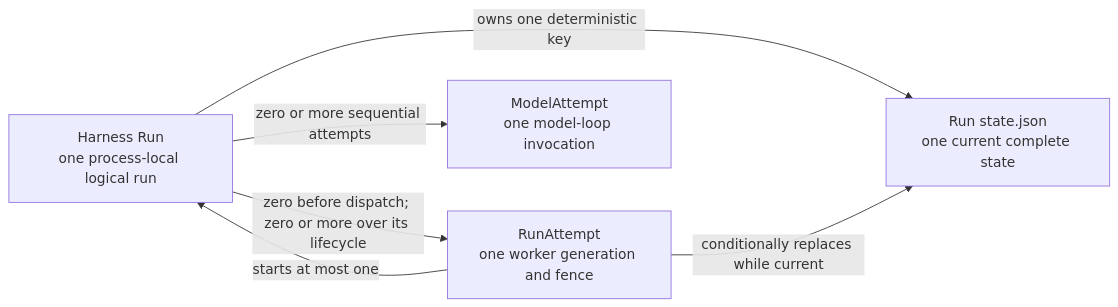
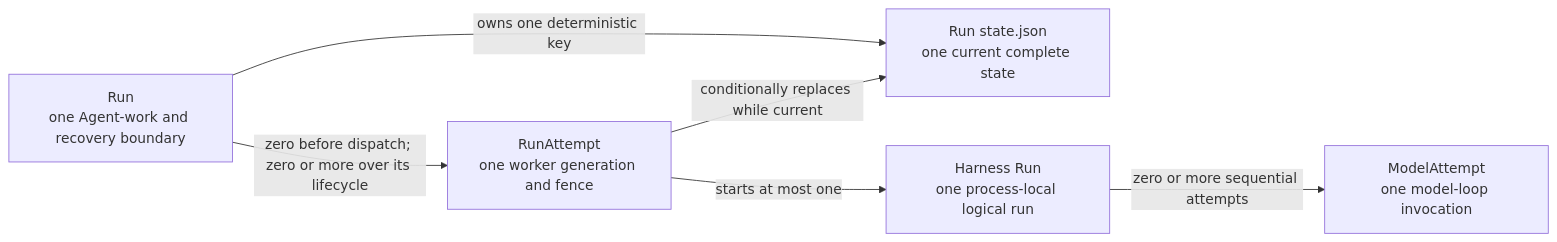
One commit to LTThreeComma/agent-foundation changed the second of 4 diagrams in spec/foundation-service/12-run-persistence.md. Above: the diagram before and after it, drawn with Mermaid. The commit also changed other lines of this file and 9 other files, not shown here.

First line of the commit message:
docs(foundation): clarify agent interaction and execution model (#122)

````diff
--- a/spec/foundation-service/12-run-persistence.md
+++ b/spec/foundation-service/12-run-persistence.md
@@ -279,14 +279,14 @@
 ```mermaid
 flowchart LR
-    Run["Run<br/>one Agent-work and recovery boundary"]
+    DurableRun["Run<br/>one Agent-work and recovery boundary"]
     State["Run state.json<br/>one current complete state"]
     Attempt["RunAttempt<br/>one worker generation and fence"]
-    Run["Harness Run<br/>one process-local logical run"]
-    Model["ModelAttempt<br/>one model-loop invocation"]
+    HarnessRun["Harness Run<br/>one process-local logical run"]
+    ModelAttempt["ModelAttempt<br/>one model-loop invocation"]
 
-    Run -->|"owns one deterministic key"| State
-    Run -->|"zero before dispatch; zero or more over its lifecycle"| Attempt
-    Attempt -->|"starts at most one"| Run
-    Run -->|"zero or more sequential attempts"| Model
+    DurableRun -->|"owns one deterministic key"| State
+    DurableRun -->|"zero before dispatch; zero or more over its lifecycle"| Attempt
+    Attempt -->|"starts at most one"| HarnessRun
+    HarnessRun -->|"zero or more sequential attempts"| ModelAttempt
     Attempt -->|"conditionally replaces while current"| State
 ```
````
